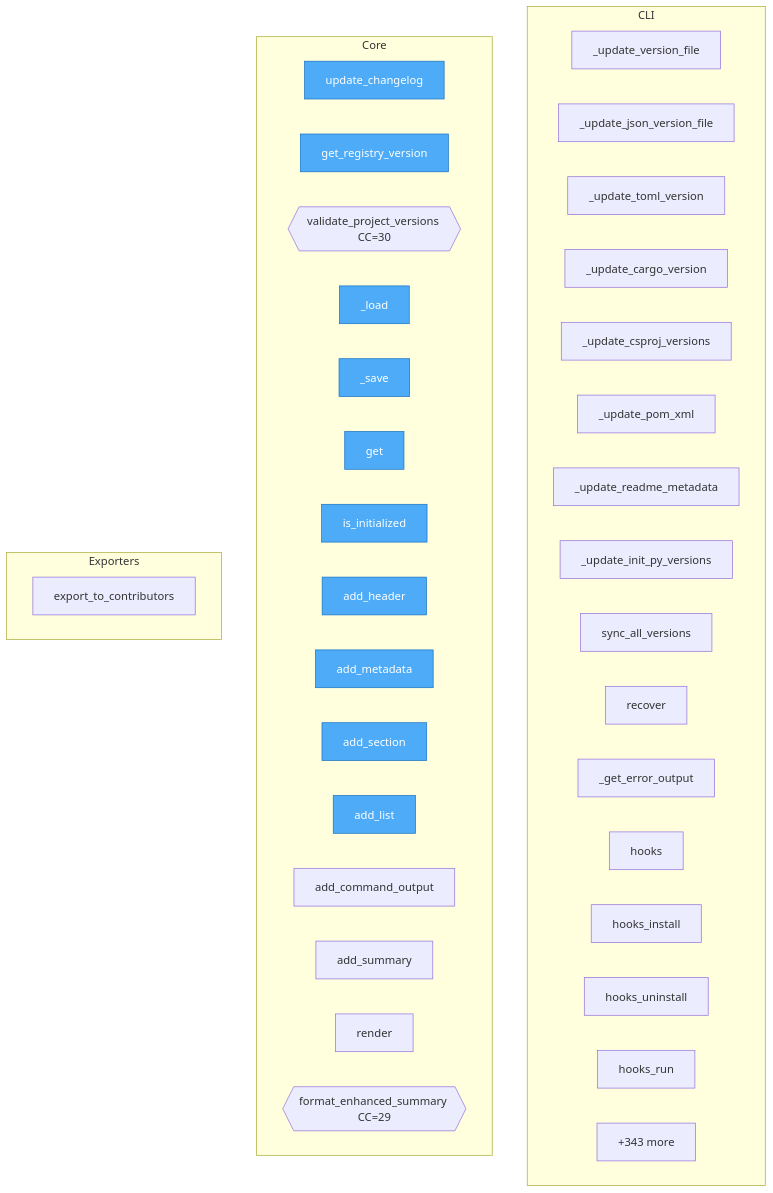
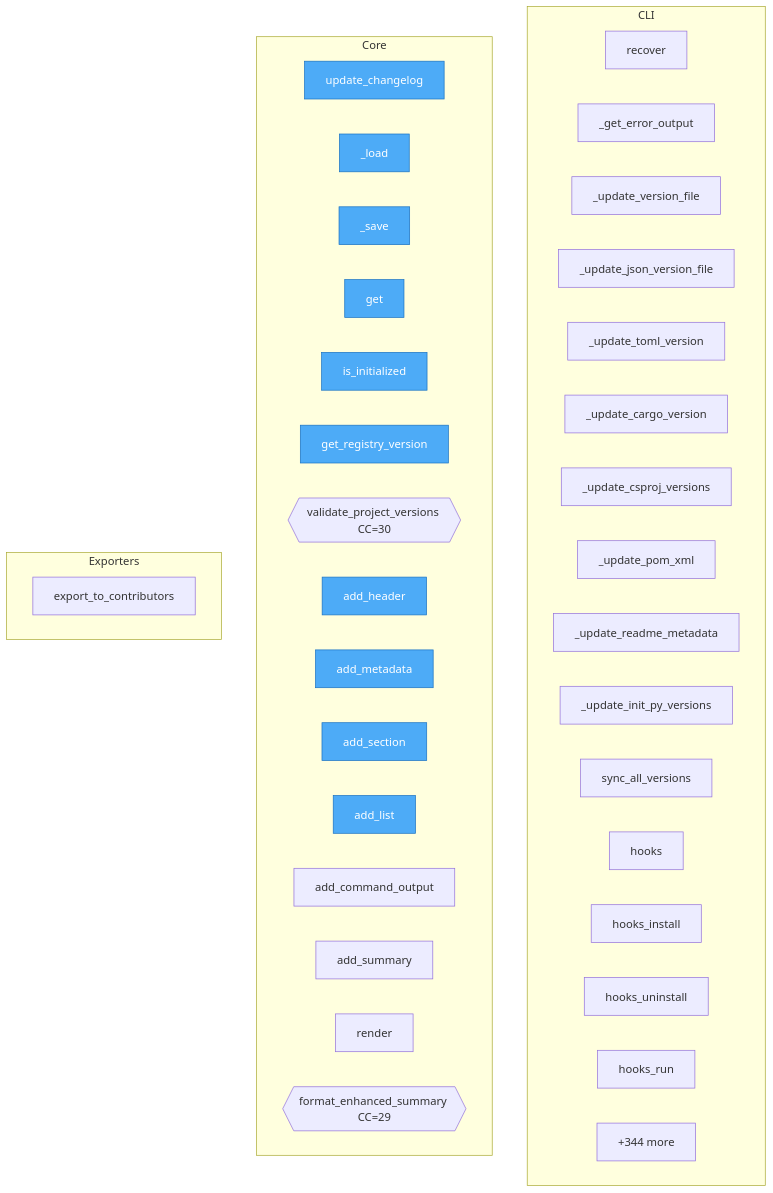
Before and after one commit to wronai/goal: the diagram in project/flow.mmd, drawn with Mermaid. The commit also changed 20 other files, not shown here.

```diff
--- a/project/flow.mmd
+++ b/project/flow.mmd
@@ -1,48 +1,48 @@
 flowchart TD
 
     %% Entry points (blue)
     classDef entry fill:#4dabf7,stroke:#1971c2,color:#fff
 
     subgraph CLI
+        goal__cli__recover_cmd__recover["recover"]
+        goal__cli__recover_cmd___get_error_output["_get_error_output"]
         goal__cli__version_sync___update_version_file["_update_version_file"]
         goal__cli__version_sync___update_json_version_file["_update_json_version_file"]
         goal__cli__version_sync___update_toml_version["_update_toml_version"]
         goal__cli__version_sync___update_cargo_version["_update_cargo_version"]
         goal__cli__version_sync___update_csproj_versions["_update_csproj_versions"]
         goal__cli__version_sync___update_pom_xml["_update_pom_xml"]
         goal__cli__version_sync___update_readme_metadata["_update_readme_metadata"]
         goal__cli__version_sync___update_init_py_versions["_update_init_py_versions"]
         goal__cli__version_sync__sync_all_versions["sync_all_versions"]
-        goal__cli__recover_cmd__recover["recover"]
-        goal__cli__recover_cmd___get_error_output["_get_error_output"]
         goal__cli__hooks_cmd__hooks["hooks"]
         goal__cli__hooks_cmd__hooks_install["hooks_install"]
         goal__cli__hooks_cmd__hooks_uninstall["hooks_uninstall"]
         goal__cli__hooks_cmd__hooks_run["hooks_run"]
         ...["+83 more"]
     end
 
     subgraph Core
         goal__changelog__update_changelog["update_changelog"]
-        goal__version_validation__get_registry_version["get_registry_version"]
-        goal__version_validation__validate_project_versions{{validate_project_versions CC=30}}
         goal__user_config__UserConfig___load["_load"]
         goal__user_config__UserConfig___save["_save"]
         goal__user_config__UserConfig__get["get"]
         goal__user_config__UserConfig__is_initialized["is_initialized"]
+        goal__version_validation__get_registry_version["get_registry_version"]
+        goal__version_validation__validate_project_versions{{validate_project_versions CC=30}}
         goal__formatter__MarkdownFormatter__add_header["add_header"]
         goal__formatter__MarkdownFormatter__add_metadata["add_metadata"]
         goal__formatter__MarkdownFormatter__add_section["add_section"]
         goal__formatter__MarkdownFormatter__add_list["add_list"]
         goal__formatter__MarkdownFormatter__add_command_output["add_command_output"]
         goal__formatter__MarkdownFormatter__add_summary["add_summary"]
         goal__formatter__MarkdownFormatter__render["render"]
         goal__formatter__format_enhanced_summary{{format_enhanced_summary CC=29}}
-        ...["+343 more"]
+        ...["+344 more"]
     end
 
     subgraph Exporters
         goal__authors__manager__AuthorsManager__export_to_contributors["export_to_contributors"]
     end
 
-    class goal__changelog__update_changelog,goal__version_validation__get_registry_version,goal__user_config__UserConfig___load,goal__user_config__UserConfig___save,goal__user_config__UserConfig__get,goal__user_config__UserConfig__is_initialized,goal__formatter__MarkdownFormatter__add_header,goal__formatter__MarkdownFormatter__add_metadata,goal__formatter__MarkdownFormatter__add_section,goal__formatter__MarkdownFormatter__add_list entry
+    class goal__changelog__update_changelog,goal__user_config__UserConfig___load,goal__user_config__UserConfig___save,goal__user_config__UserConfig__get,goal__user_config__UserConfig__is_initialized,goal__version_validation__get_registry_version,goal__formatter__MarkdownFormatter__add_header,goal__formatter__MarkdownFormatter__add_metadata,goal__formatter__MarkdownFormatter__add_section,goal__formatter__MarkdownFormatter__add_list entry
```
